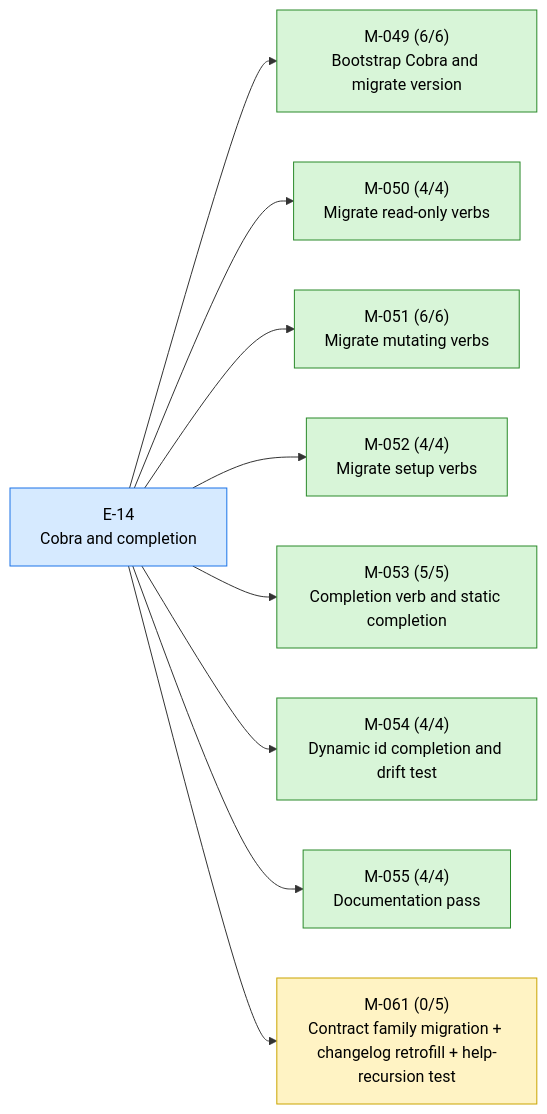
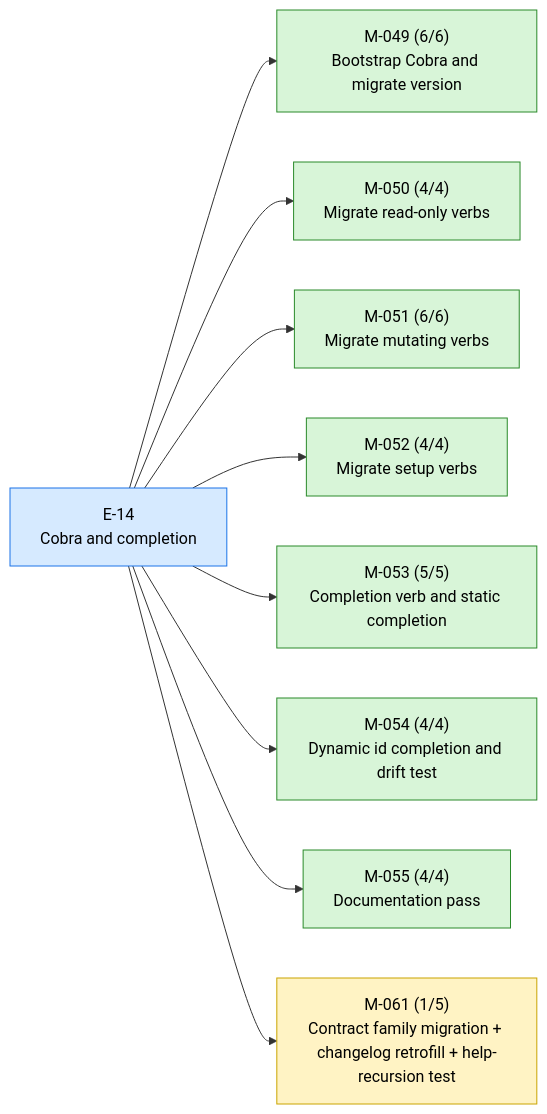
One commit to 23min/aiwf changed the first of 2 diagrams in STATUS.md. Above: the diagram before and after it, drawn with Mermaid. The commit also changed other lines of this file and 1 other file, not shown here.

Commit message:
aiwf promote M-061/AC-1 open -> met
aiwf-verb: promote
aiwf-entity: M-061/AC-1
aiwf-actor: human/peter
aiwf-to: met

````diff
--- a/STATUS.md
+++ b/STATUS.md
@@ -18,26 +18,26 @@
 ```mermaid
 flowchart LR
   E_14["E-14<br/>Cobra and completion"]:::epic_active
   M_049["M-049 (6/6)<br/>Bootstrap Cobra and migrate version"]:::ms_done
   E_14 --> M_049
   M_050["M-050 (4/4)<br/>Migrate read-only verbs"]:::ms_done
   E_14 --> M_050
   M_051["M-051 (6/6)<br/>Migrate mutating verbs"]:::ms_done
   E_14 --> M_051
   M_052["M-052 (4/4)<br/>Migrate setup verbs"]:::ms_done
   E_14 --> M_052
   M_053["M-053 (5/5)<br/>Completion verb and static completion"]:::ms_done
   E_14 --> M_053
   M_054["M-054 (4/4)<br/>Dynamic id completion and drift test"]:::ms_done
   E_14 --> M_054
   M_055["M-055 (4/4)<br/>Documentation pass"]:::ms_done
   E_14 --> M_055
-  M_061["M-061 (0/5)<br/>Contract family migration + changelog retrofill + help-recursion test"]:::ms_in_progress
+  M_061["M-061 (1/5)<br/>Contract family migration + changelog retrofill + help-recursion test"]:::ms_in_progress
   E_14 --> M_061
   classDef epic_active fill:#d6eaff,stroke:#1a73e8,color:#000
   classDef epic_proposed fill:#f4f4f4,stroke:#888,color:#000
   classDef ms_done fill:#d8f5d8,stroke:#2a8a2a,color:#000
   classDef ms_in_progress fill:#fff3c4,stroke:#caa400,color:#000
   classDef ms_draft fill:#f4f4f4,stroke:#888,color:#000
   classDef ms_cancelled fill:#fbeaea,stroke:#c33,color:#000
 ```
````
